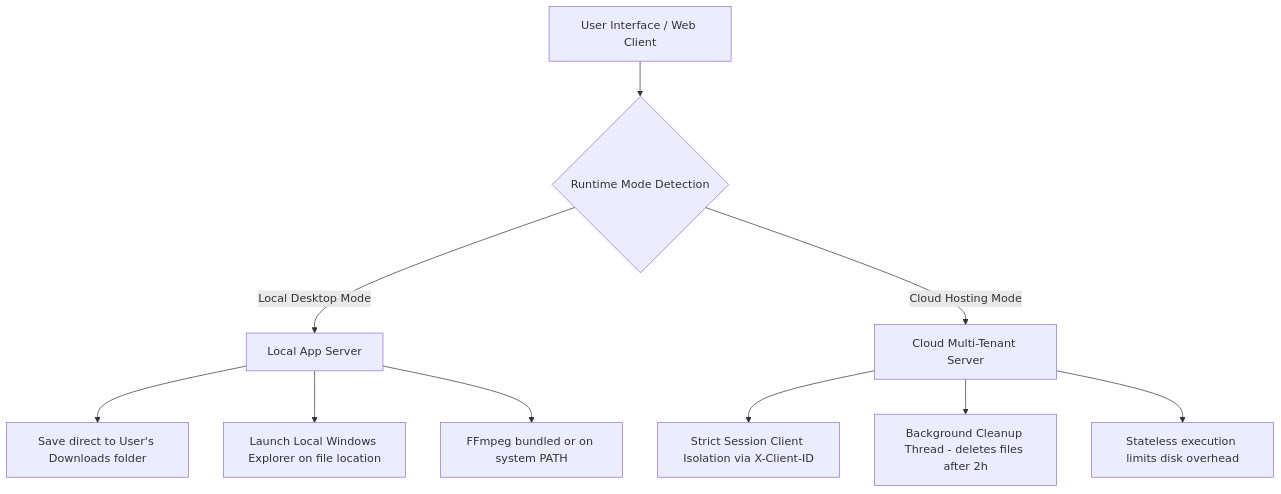
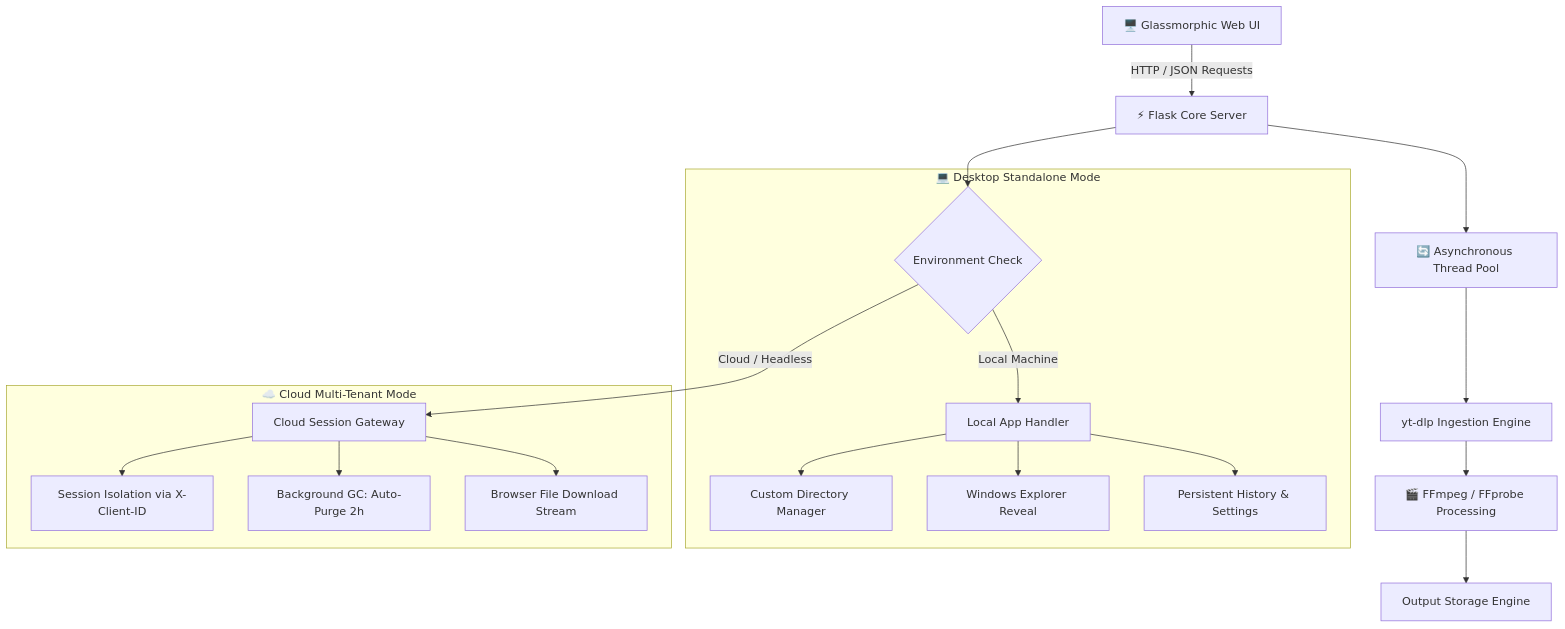
One commit to Isura-udith/YouTube-Downloader-Pro changed the diagram in README.md. Above: the diagram before and after it, drawn with Mermaid. The commit also changed other lines of this file and 1 other file, not shown here.

````diff
--- a/README.md
+++ b/README.md
@@ -45,15 +76,25 @@
 ```mermaid
-graph TD
-    A[User Interface / Web Client] --> B{Runtime Mode Detection}
+flowchart TD
+    UI[🖥️ Glassmorphic Web UI] -->|HTTP / JSON Requests| Server[⚡ Flask Core Server]
     
-    B -->|Local Desktop Mode| C[Local App Server]
-    B -->|Cloud Hosting Mode| D[Cloud Multi-Tenant Server]
+    Server --> Check{Environment Check}
     
-    C --> E[Save direct to User's Downloads folder]
-    C --> F[Launch Local Windows Explorer on file location]
-    C --> G[FFmpeg bundled or on system PATH]
+    subgraph Desktop["💻 Desktop Standalone Mode"]
+        Check -->|Local Machine| LocalHandler[Local App Handler]
+        LocalHandler --> Settings[Custom Directory Manager]
+        LocalHandler --> Explorer[Windows Explorer Reveal]
+        LocalHandler --> LocalStorage[Persistent History & Settings]
+    end
     
-    D --> H[Strict Session Client Isolation via X-Client-ID]
-    D --> I[Background Cleanup Thread - deletes files after 2h]
-    D --> J[Stateless execution limits disk overhead]
+    subgraph Cloud["☁️ Cloud Multi-Tenant Mode"]
+        Check -->|Cloud / Headless| CloudHandler[Cloud Session Gateway]
+        CloudHandler --> ClientIsolation[Session Isolation via X-Client-ID]
+        CloudHandler --> AutoClean[Background GC: Auto-Purge 2h]
+        CloudHandler --> StreamDownload[Browser File Download Stream]
+    end
+
+    Server --> Workers[🔄 Asynchronous Thread Pool]
+    Workers --> YTDLP[yt-dlp Ingestion Engine]
+    YTDLP --> FFmpeg[🎬 FFmpeg / FFprobe Processing]
+    FFmpeg --> Storage[Output Storage Engine]
 ```
````
